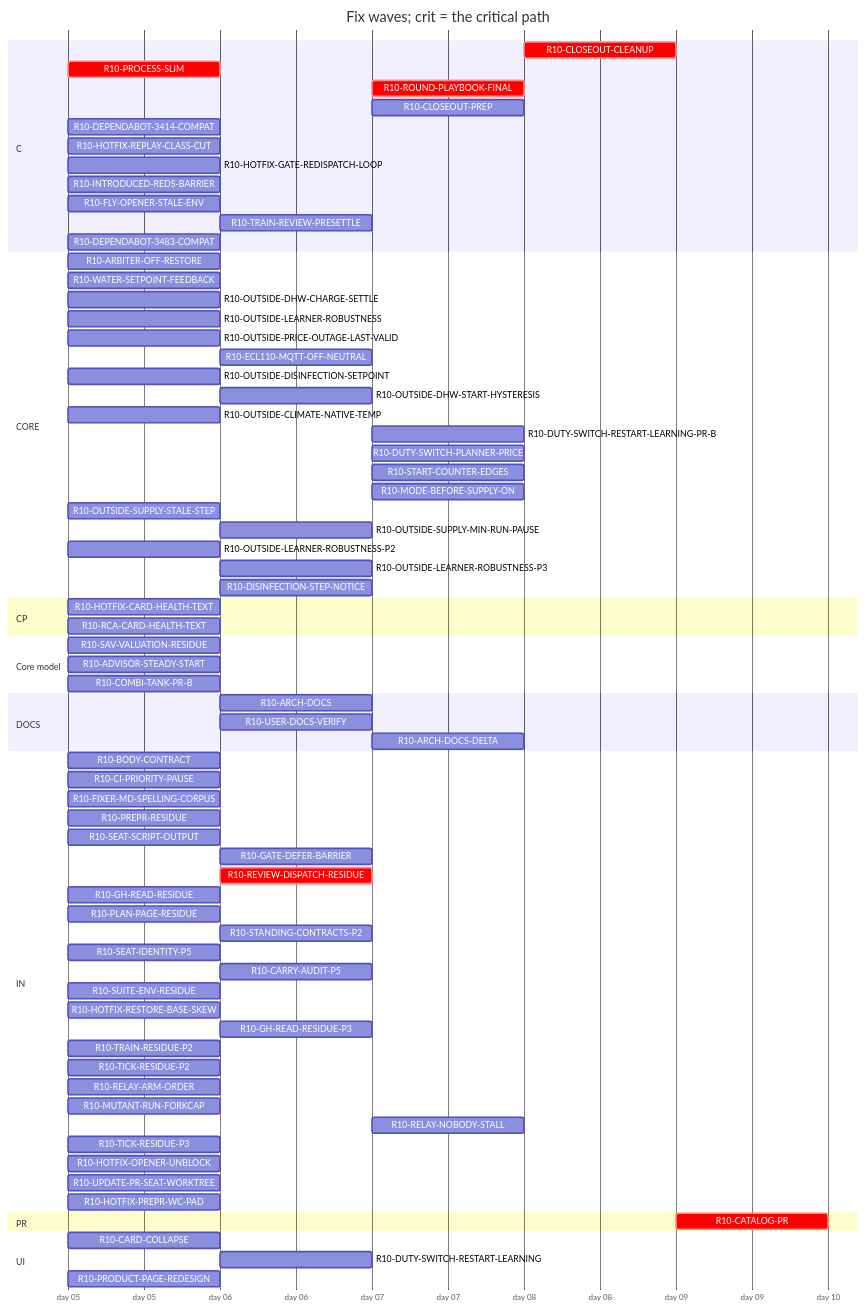
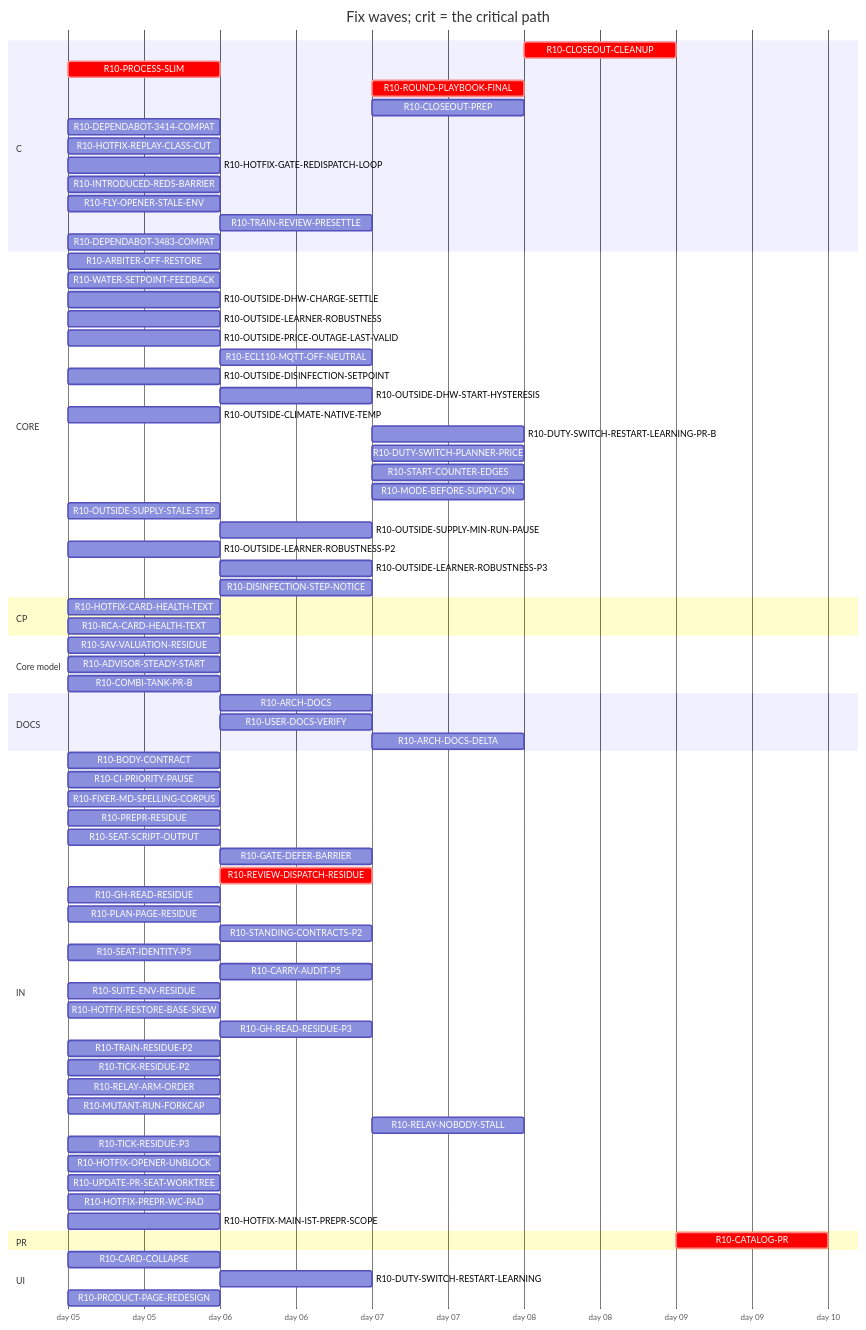
The diagram in handoff/round10/state/PLAN-TABLE.md (tvofi/heatpump_optimizer), drawn with Mermaid before and after one commit. The commit also changed other lines of this file and 4 other files, not shown here.

Commit message:
state: FLOW-BOARD.md, NEXT-SESSION-PROMPT.md, PLAN-TABLE.md, PLAN.html, RESUME-CURRENT.md regenerated (state_docs.py)

````diff
--- a/handoff/round10/state/PLAN-TABLE.md
+++ b/handoff/round10/state/PLAN-TABLE.md
@@ -21,79 +21,80 @@
 ```mermaid
 gantt
   title Fix waves; crit = the critical path
   dateFormat YYYY-MM-DD
   axisFormat day %d
   section C
     R10-CLOSEOUT-CLEANUP :crit, r10CLOSEOUTCLEANUP, after r10ARCHDOCS r10USERDOCSVERIFY r10ROUNDPLAYBOOKFINAL r10CLOSEOUTPREP r10ARCHDOCSDELTA, 1d
     R10-PROCESS-SLIM :crit, r10PROCESSSLIM, 2026-01-05, 1d
     R10-ROUND-PLAYBOOK-FINAL :crit, r10ROUNDPLAYBOOKFINAL, after r10BODYCONTRACT r10PROCESSSLIM r10FIXERMDSPELLINGCORPUS r10PREPRRESIDUE r10SEATSCRIPTOUTPUT r10REVIEWDISPATCHRESIDUE r10CARRYAUDITP5 r10SEATIDENTITYP5 r10STANDINGCONTRACTSP2 r10PLANPAGERESIDUE r10GHREADRESIDUE r10SUITEENVRESIDUE r10GATEDEFERBARRIER, 1d
     R10-CLOSEOUT-PREP :r10CLOSEOUTPREP, after r10ARCHDOCS r10BODYCONTRACT r10PROCESSSLIM r10FIXERMDSPELLINGCORPUS r10PREPRRESIDUE r10SEATSCRIPTOUTPUT r10REVIEWDISPATCHRESIDUE r10CARRYAUDITP5 r10SEATIDENTITYP5 r10STANDINGCONTRACTSP2 r10PLANPAGERESIDUE r10GHREADRESIDUE r10SUITEENVRESIDUE r10GATEDEFERBARRIER, 1d
     R10-DEPENDABOT-3414-COMPAT :r10DEPENDABOT3414COMPAT, 2026-01-05, 1d
     R10-HOTFIX-REPLAY-CLASS-CUT :r10HOTFIXREPLAYCLASSCUT, 2026-01-05, 1d
     R10-HOTFIX-GATE-REDISPATCH-LOOP :r10HOTFIXGATEREDISPATCHLOOP, 2026-01-05, 1d
     R10-INTRODUCED-REDS-BARRIER :r10INTRODUCEDREDSBARRIER, 2026-01-05, 1d
     R10-FLY-OPENER-STALE-ENV :r10FLYOPENERSTALEENV, 2026-01-05, 1d
     R10-TRAIN-REVIEW-PRESETTLE :r10TRAINREVIEWPRESETTLE, after r10TRAINRESIDUEP2, 1d
     R10-DEPENDABOT-3483-COMPAT :r10DEPENDABOT3483COMPAT, 2026-01-05, 1d
   section CORE
     R10-ARBITER-OFF-RESTORE :r10ARBITEROFFRESTORE, 2026-01-05, 1d
     R10-WATER-SETPOINT-FEEDBACK :r10WATERSETPOINTFEEDBACK, 2026-01-05, 1d
     R10-OUTSIDE-DHW-CHARGE-SETTLE :r10OUTSIDEDHWCHARGESETTLE, 2026-01-05, 1d
     R10-OUTSIDE-LEARNER-ROBUSTNESS :r10OUTSIDELEARNERROBUSTNESS, 2026-01-05, 1d
     R10-OUTSIDE-PRICE-OUTAGE-LAST-VALID :r10OUTSIDEPRICEOUTAGELASTVALID, 2026-01-05, 1d
     R10-ECL110-MQTT-OFF-NEUTRAL :r10ECL110MQTTOFFNEUTRAL, after r10ARBITEROFFRESTORE, 1d
     R10-OUTSIDE-DISINFECTION-SETPOINT :r10OUTSIDEDISINFECTIONSETPOINT, 2026-01-05, 1d
     R10-OUTSIDE-DHW-START-HYSTERESIS :r10OUTSIDEDHWSTARTHYSTERESIS, after r10OUTSIDEDISINFECTIONSETPOINT, 1d
     R10-OUTSIDE-CLIMATE-NATIVE-TEMP :r10OUTSIDECLIMATENATIVETEMP, 2026-01-05, 1d
     R10-DUTY-SWITCH-RESTART-LEARNING-PR-B :r10DUTYSWITCHRESTARTLEARNINGPRB, after r10DUTYSWITCHRESTARTLEARNING, 1d
     R10-DUTY-SWITCH-PLANNER-PRICE :r10DUTYSWITCHPLANNERPRICE, after r10DUTYSWITCHRESTARTLEARNING, 1d
     R10-START-COUNTER-EDGES :r10STARTCOUNTEREDGES, after r10DUTYSWITCHRESTARTLEARNING, 1d
     R10-MODE-BEFORE-SUPPLY-ON :r10MODEBEFORESUPPLYON, after r10DUTYSWITCHRESTARTLEARNING, 1d
     R10-OUTSIDE-SUPPLY-STALE-STEP :r10OUTSIDESUPPLYSTALESTEP, 2026-01-05, 1d
     R10-OUTSIDE-SUPPLY-MIN-RUN-PAUSE :r10OUTSIDESUPPLYMINRUNPAUSE, after r10OUTSIDESUPPLYSTALESTEP, 1d
     R10-OUTSIDE-LEARNER-ROBUSTNESS-P2 :r10OUTSIDELEARNERROBUSTNESSP2, 2026-01-05, 1d
     R10-OUTSIDE-LEARNER-ROBUSTNESS-P3 :r10OUTSIDELEARNERROBUSTNESSP3, after r10OUTSIDELEARNERROBUSTNESS r10OUTSIDELEARNERROBUSTNESSP2, 1d
     R10-DISINFECTION-STEP-NOTICE :r10DISINFECTIONSTEPNOTICE, after r10OUTSIDEDISINFECTIONSETPOINT, 1d
   section CP
     R10-HOTFIX-CARD-HEALTH-TEXT :r10HOTFIXCARDHEALTHTEXT, 2026-01-05, 1d
     R10-RCA-CARD-HEALTH-TEXT :r10RCACARDHEALTHTEXT, 2026-01-05, 1d
   section Core model
     R10-SAV-VALUATION-RESIDUE :r10SAVVALUATIONRESIDUE, 2026-01-05, 1d
     R10-ADVISOR-STEADY-START :r10ADVISORSTEADYSTART, 2026-01-05, 1d
     R10-COMBI-TANK-PR-B :r10COMBITANKPRB, 2026-01-05, 1d
   section DOCS
     R10-ARCH-DOCS :r10ARCHDOCS, after r10BODYCONTRACT r10PROCESSSLIM, 1d
     R10-USER-DOCS-VERIFY :r10USERDOCSVERIFY, after r10ARBITEROFFRESTORE r10PRODUCTPAGEREDESIGN, 1d
     R10-ARCH-DOCS-DELTA :r10ARCHDOCSDELTA, after r10ARCHDOCS r10ARBITEROFFRESTORE r10SAVVALUATIONRESIDUE r10ADVISORSTEADYSTART r10COMBITANKPRB, 1d
   section IN
     R10-BODY-CONTRACT :r10BODYCONTRACT, 2026-01-05, 1d
     R10-CI-PRIORITY-PAUSE :r10CIPRIORITYPAUSE, 2026-01-05, 1d
     R10-FIXER-MD-SPELLING-CORPUS :r10FIXERMDSPELLINGCORPUS, 2026-01-05, 1d
     R10-PREPR-RESIDUE :r10PREPRRESIDUE, 2026-01-05, 1d
     R10-SEAT-SCRIPT-OUTPUT :r10SEATSCRIPTOUTPUT, 2026-01-05, 1d
     R10-GATE-DEFER-BARRIER :r10GATEDEFERBARRIER, after r10HOTFIXGATEREDISPATCHLOOP, 1d
     R10-REVIEW-DISPATCH-RESIDUE :crit, r10REVIEWDISPATCHRESIDUE, after r10PROCESSSLIM, 1d
     R10-GH-READ-RESIDUE :r10GHREADRESIDUE, 2026-01-05, 1d
     R10-PLAN-PAGE-RESIDUE :r10PLANPAGERESIDUE, 2026-01-05, 1d
     R10-STANDING-CONTRACTS-P2 :r10STANDINGCONTRACTSP2, after r10FIXERMDSPELLINGCORPUS, 1d
     R10-SEAT-IDENTITY-P5 :r10SEATIDENTITYP5, 2026-01-05, 1d
     R10-CARRY-AUDIT-P5 :r10CARRYAUDITP5, after r10BODYCONTRACT, 1d
     R10-SUITE-ENV-RESIDUE :r10SUITEENVRESIDUE, 2026-01-05, 1d
     R10-HOTFIX-RESTORE-BASE-SKEW :r10HOTFIXRESTOREBASESKEW, 2026-01-05, 1d
     R10-GH-READ-RESIDUE-P3 :r10GHREADRESIDUEP3, after r10GHREADRESIDUE, 1d
     R10-TRAIN-RESIDUE-P2 :r10TRAINRESIDUEP2, 2026-01-05, 1d
     R10-TICK-RESIDUE-P2 :r10TICKRESIDUEP2, 2026-01-05, 1d
     R10-RELAY-ARM-ORDER :r10RELAYARMORDER, 2026-01-05, 1d
     R10-MUTANT-RUN-FORKCAP :r10MUTANTRUNFORKCAP, 2026-01-05, 1d
     R10-RELAY-NOBODY-STALL :r10RELAYNOBODYSTALL, after r10RELAYARMORDER r10REVIEWDISPATCHRESIDUE, 1d
     R10-TICK-RESIDUE-P3 :r10TICKRESIDUEP3, 2026-01-05, 1d
     R10-HOTFIX-OPENER-UNBLOCK :r10HOTFIXOPENERUNBLOCK, 2026-01-05, 1d
     R10-UPDATE-PR-SEAT-WORKTREE :r10UPDATEPRSEATWORKTREE, 2026-01-05, 1d
     R10-HOTFIX-PREPR-WC-PAD :r10HOTFIXPREPRWCPAD, 2026-01-05, 1d
+    R10-HOTFIX-MAIN-IST-PREPR-SCOPE :r10HOTFIXMAINISTPREPRSCOPE, 2026-01-05, 1d
   section PR
     R10-CATALOG-PR :crit, r10CATALOGPR, after r10USERDOCSVERIFY r10ARCHDOCS r10ROUNDPLAYBOOKFINAL r10CLOSEOUTCLEANUP r10CLOSEOUTPREP r10ARCHDOCSDELTA, 1d
   section UI
     R10-CARD-COLLAPSE :r10CARDCOLLAPSE, 2026-01-05, 1d
     R10-DUTY-SWITCH-RESTART-LEARNING :r10DUTYSWITCHRESTARTLEARNING, after r10WATERSETPOINTFEEDBACK, 1d
     R10-PRODUCT-PAGE-REDESIGN :r10PRODUCTPAGEREDESIGN, 2026-01-05, 1d
 ```
````
